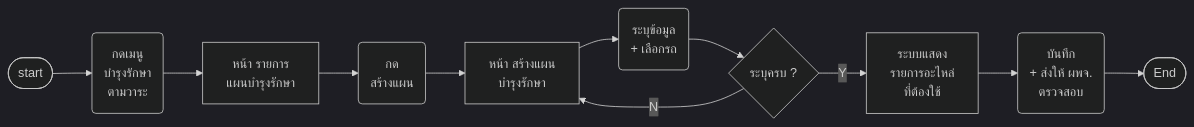
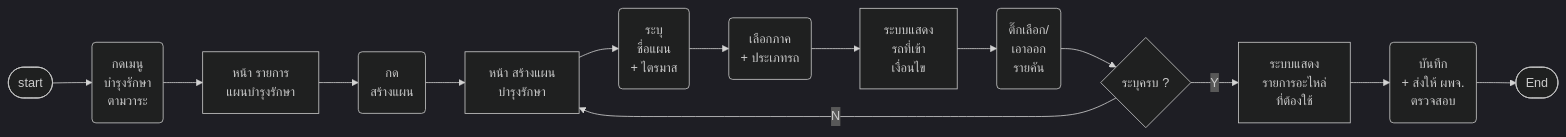
The first of 18 diagrams in Diagram/01-บำรุงรักษาตามวาระ/14-บำรุงรักษา-userflow.md (anugmail/Maintenance-Request-Form), drawn with Mermaid (dark theme) before and after one commit. The commit also changed other lines of this file and 14 other files, not shown here.

First line of the commit message:
บำรุงรักษา: export ครบ 18 scenario + S1 เลือกรถตามภาค/ประเภทรถ + journey แนวขวาง (R27) และต่อกันบน FigJam

````diff
--- a/Diagram/01-บำรุงรักษาตามวาระ/14-บำรุงรักษา-userflow.md
+++ b/Diagram/01-บำรุงรักษาตามวาระ/14-บำรุงรักษา-userflow.md
@@ -60,14 +62,19 @@
 ```mermaid
 flowchart LR
     S([start]) --> A0("กดเมนู<br/>บำรุงรักษา<br/>ตามวาระ")
     A0 --> D1["หน้า รายการ<br/>แผนบำรุงรักษา"]
     D1 --> A1("กด<br/>สร้างแผน")
     A1 --> D2["หน้า สร้างแผน<br/>บำรุงรักษา"]
-    D2 --> A2("ระบุข้อมูล<br/>+ เลือกรถ")
-    A2 --> Q1{"ระบุครบ ?"}
+    D2 --> A2("ระบุ<br/>ชื่อแผน<br/>+ ไตรมาส")
+    A2 --> A3("เลือกภาค<br/>+ ประเภทรถ")
+    A3 --> D4["ระบบแสดง<br/>รถที่เข้า<br/>เงื่อนไข"]
+    D4 --> A4("ติ๊กเลือก/<br/>เอาออก<br/>รายคัน")
+    A4 --> Q1{"ระบุครบ ?"}
     Q1 -->|N| D2
     Q1 -->|Y| D3["ระบบแสดง<br/>รายการอะไหล่<br/>ที่ต้องใช้"]
-    D3 --> A3("บันทึก<br/>+ ส่งให้ ผพจ.<br/>ตรวจสอบ")
-    A3 --> E([End])
+    D3 --> A5("บันทึก<br/>+ ส่งให้ ผพจ.<br/>ตรวจสอบ")
+    A5 --> E([End])
+    %% Q: A3 | Q29 ❓ เลือกได้ทีละภาค หรือหลายภาคในแผนเดียว · ประเภทรถเลือกได้หลายประเภทไหม · ประเภทรถอ้างรายการจากทะเบียนรถ VMS+ ชุดไหน
+    %% Q: D4 | Q30 ❓ รถที่เข้าเงื่อนไขติ๊กไว้ให้ทั้งหมดก่อน (เอาออกได้) หรือว่างให้เลือกเอง · รถสถานะรอยุบ/โอน ไม่แสดงตั้งแต่ตรงนี้ หรือแสดงแต่ติ๊กไม่ได้
     %% Q: D3 | Q2 ❓ รายการอะไหล่ที่ระบบคำนวณ ให้ กบค. แก้ได้ไหม หรือเป็น Display อย่างเดียว
 ```
````
